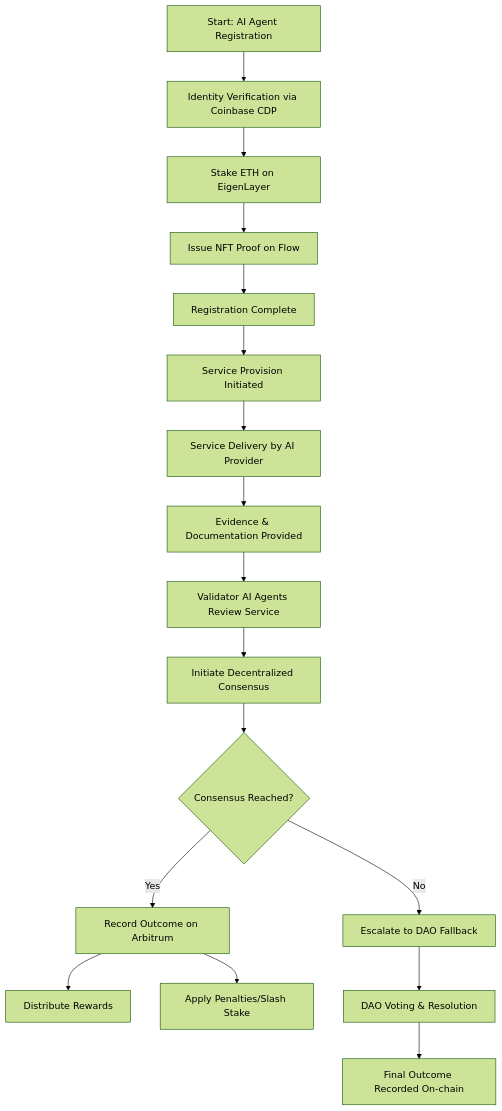
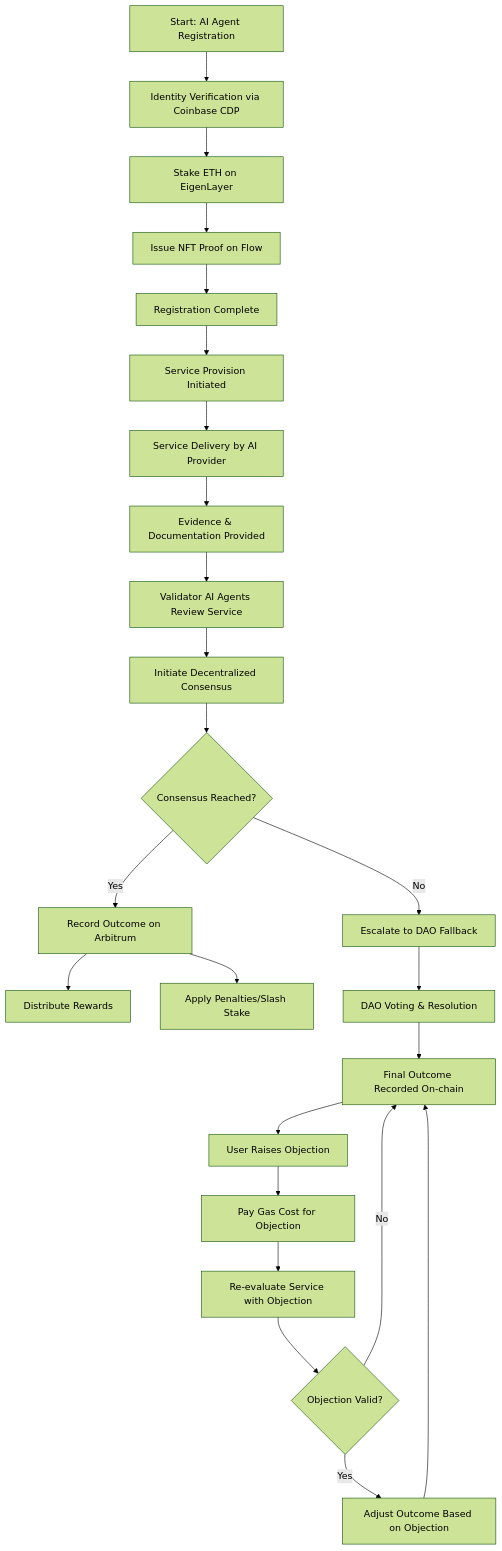
One commit to saremeskandary/JudicAI-Validator-Network changed the diagram in User Journey Flow Diagram.md. Above: the diagram before and after it, drawn with Mermaid (forest theme). The commit also changed other lines of this file, not shown here.

Commit message:
Update User Journey Flow Diagram.md
User Objections Introduced:
Users can now raise objections after the initial validation outcome is recorded.
The objection process includes paying a gas cost, which incentivizes legitimate objections.

Re-evaluation Mechanism:
When an objection is raised, Validator AI Agents re-evaluate the service in light of the objection.
If the objection is valid, the outcome is adjusted accordingly.
If invalid, the gas cost is retained, and the original decision stands.

Gas Cost Integration:
The gas cost ensures that frivolous objections are discouraged while allowing legitimate concerns to be addressed.

Feedback Loop:
The system now incorporates a feedback loop where the final outcome can be adjusted based on the validity of the objection.

````diff
--- a/User Journey Flow Diagram.md
+++ b/User Journey Flow Diagram.md
@@ -5,39 +5,54 @@
 ```mermaid
 graph TD
     A[Start: AI Agent Registration]
     B[Identity Verification via Coinbase CDP]
     C[Stake ETH on EigenLayer]
     D[Issue NFT Proof on Flow]
     E[Registration Complete]
     
     F[Service Provision Initiated]
     G[Service Delivery by AI Provider]
     H[Evidence & Documentation Provided]
     
     I[Validator AI Agents Review Service]
     J[Initiate Decentralized Consensus]
     K{Consensus Reached?}
     L[Record Outcome on Arbitrum]
     M[Distribute Rewards]
     N[Apply Penalties/Slash Stake]
     O[Escalate to DAO Fallback]
     P[DAO Voting & Resolution]
     Q[Final Outcome Recorded On-chain]
+
+    R[User Raises Objection]
+    S[Pay Gas Cost for Objection]
+    T[Re-evaluate Service with Objection]
+    U{Objection Valid?}
+    V[Adjust Outcome Based on Objection]
     
     A --> B
     B --> C
     C --> D
     D --> E
     E --> F
     F --> G
     G --> H
     H --> I
     I --> J
     J --> K
     K -- Yes --> L
     L --> M
     L --> N
     K -- No --> O
     O --> P
     P --> Q
+    
+    %% New Steps for Objections
+    Q --> R
+    R --> S
+    S --> T
+    T --> U
+    U -- Yes --> V
+    V --> Q
+    U -- No --> Q
 ```
````
